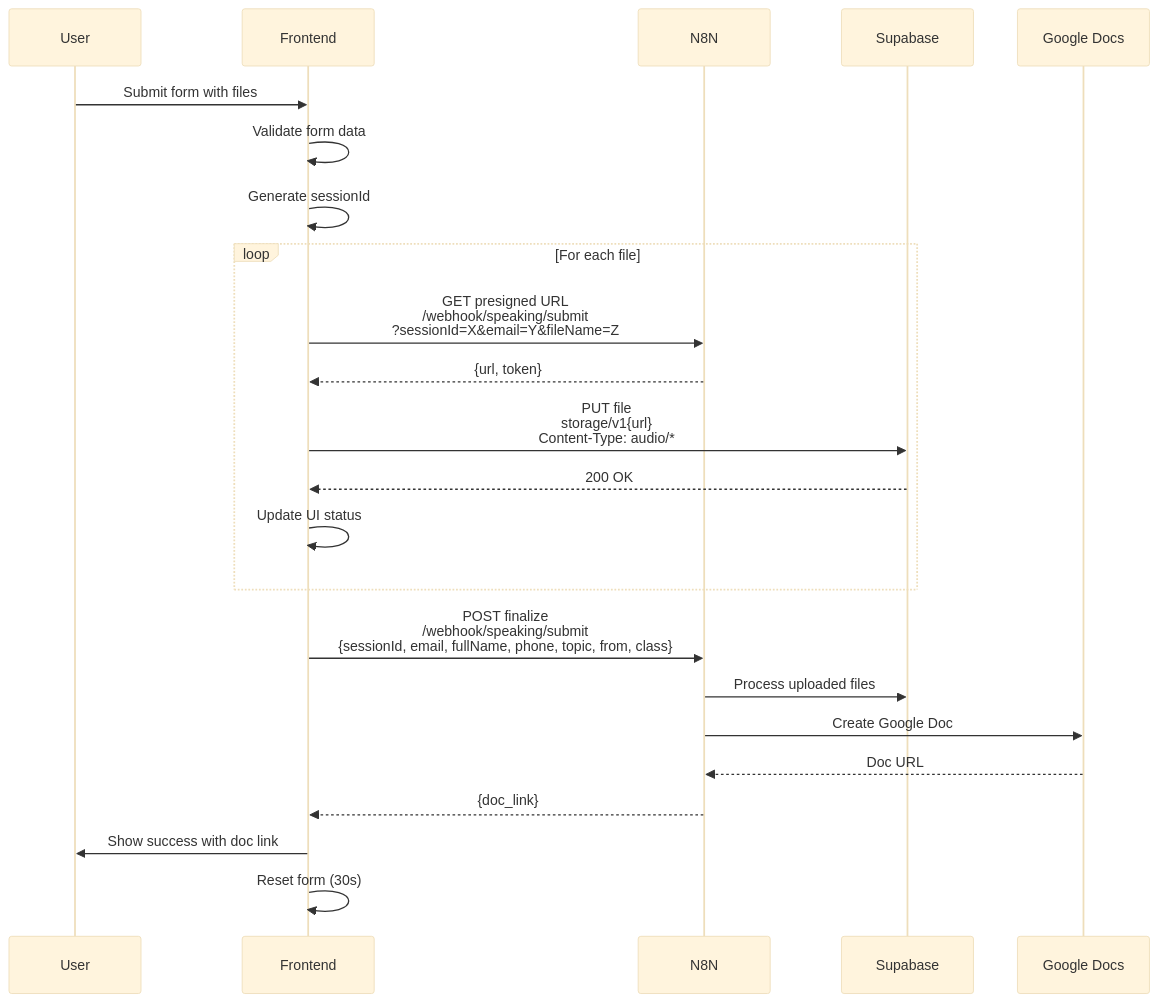
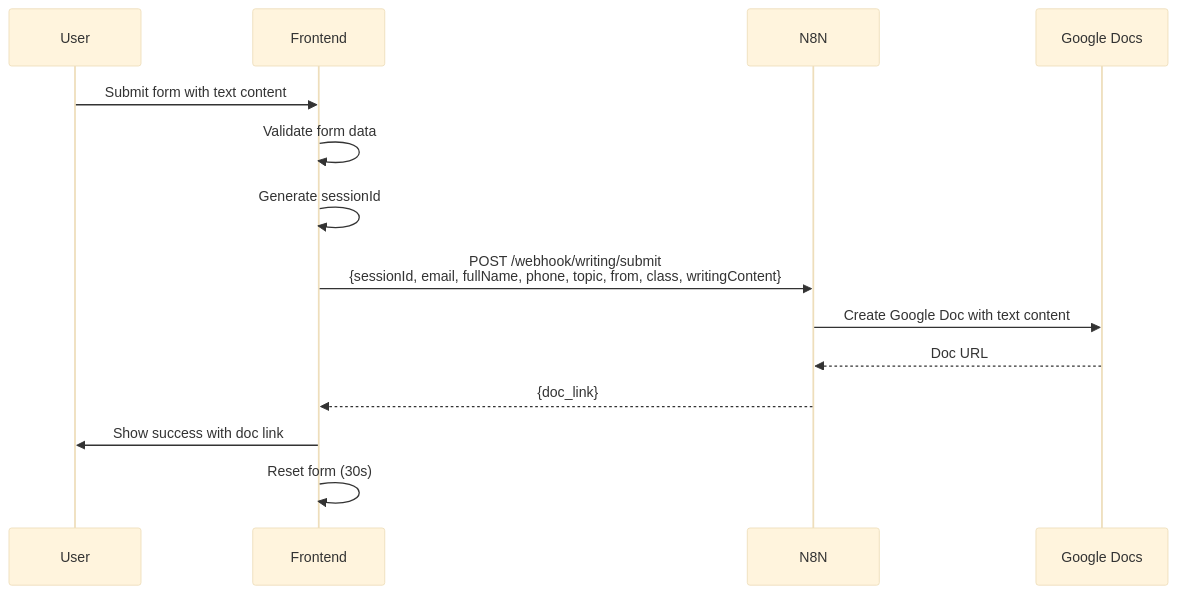
One commit to quocbang/speaking-submition changed the diagram in README.md. Above: the diagram before and after it, drawn with Mermaid (base theme). The commit also changed other lines of this file and 6 other files, not shown here.

````diff
--- a/README.md
+++ b/README.md
@@ -5,29 +5,19 @@
 ```mermaid
 sequenceDiagram
     participant U as User
     participant F as Frontend
     participant N as N8N
-    participant S as Supabase
     participant G as Google Docs
 
-    U->>F: Submit form with files
+    U->>F: Submit form with text content
     F->>F: Validate form data
     F->>F: Generate sessionId
 
-    loop For each file
-        F->>N: GET presigned URL<br/>/webhook/speaking/submit<br/>?sessionId=X&email=Y&fileName=Z
-        N-->>F: {url, token}
-        F->>S: PUT file<br/>storage/v1{url}<br/>Content-Type: audio/*
-        S-->>F: 200 OK
-        F->>F: Update UI status
-    end
-
-    F->>N: POST finalize<br/>/webhook/speaking/submit<br/>{sessionId, email, fullName, phone, topic, from, class}
-    N->>S: Process uploaded files
-    N->>G: Create Google Doc
+    F->>N: POST /webhook/writing/submit<br/>{sessionId, email, fullName, phone, topic, from, class, writingContent}
+    N->>G: Create Google Doc with text content
     G-->>N: Doc URL
     N-->>F: {doc_link}
 
     F->>U: Show success with doc link
     F->>F: Reset form (30s)
 ```
````
